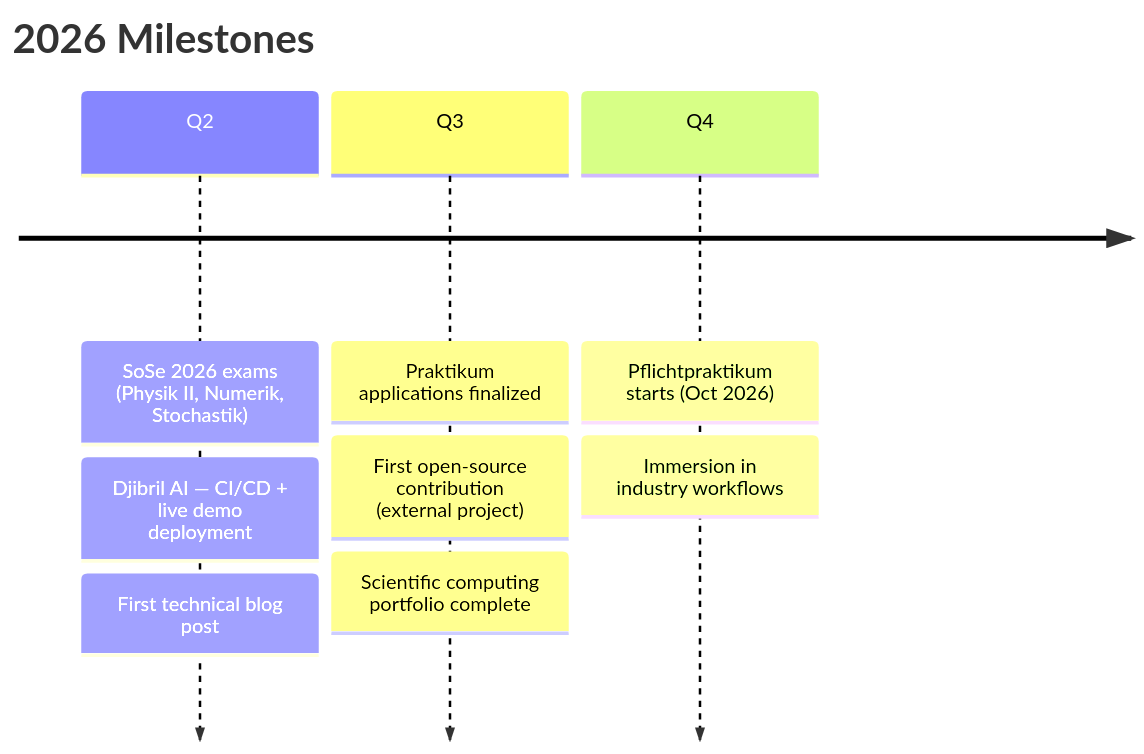
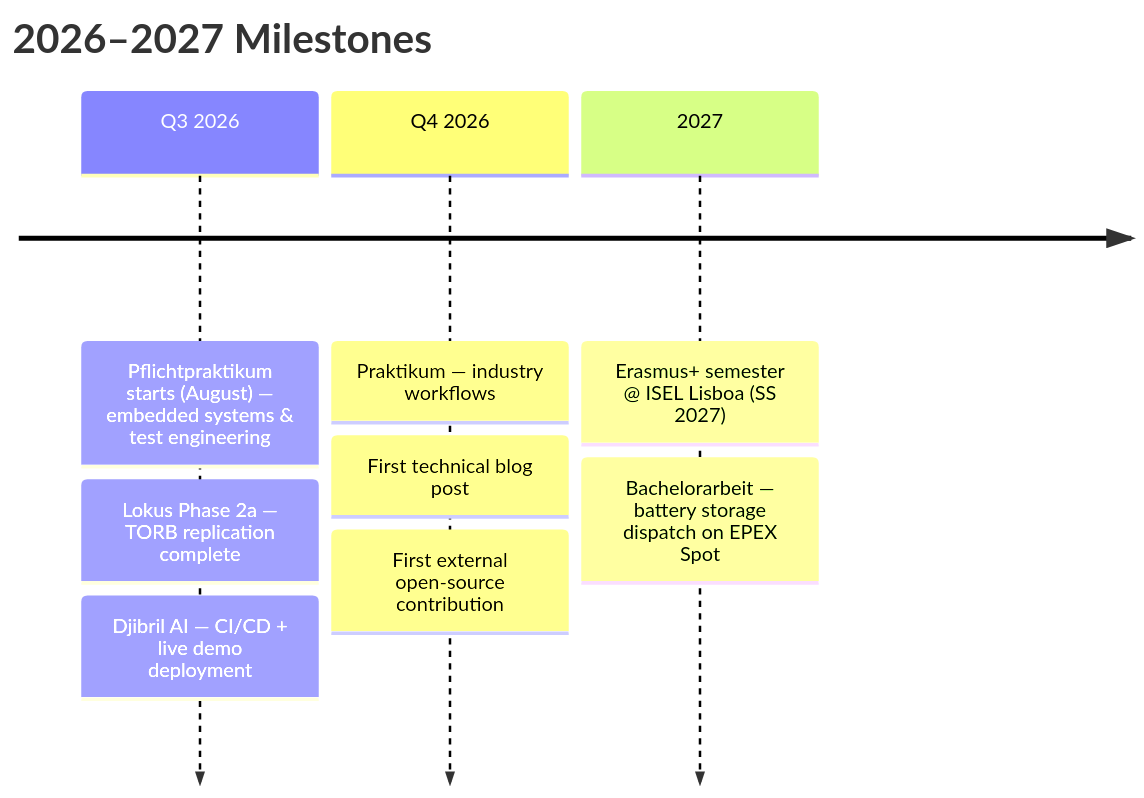
One commit to e49nana/e49nana changed the diagram in README.md. Above: the diagram before and after it, drawn with Mermaid. The commit also changed other lines of this file, not shown here.

First line of the commit message:
Revise README with current focus and project updates

````diff
--- a/README.md
+++ b/README.md
@@ -110,12 +120,12 @@
 ```mermaid
 timeline
-    title 2026 Milestones
-    Q2 : SoSe 2026 exams (Physik II, Numerik, Stochastik)
-       : Djibril AI — CI/CD + live demo deployment
-       : First technical blog post
-    Q3 : Praktikum applications finalized
-       : First open-source contribution (external project)
-       : Scientific computing portfolio complete
-    Q4 : Pflichtpraktikum starts (Oct 2026)
-       : Immersion in industry workflows
+    title 2026–2027 Milestones
+    Q3 2026 : Pflichtpraktikum starts (August) — embedded systems & test engineering
+            : Lokus Phase 2a — TORB replication complete
+            : Djibril AI — CI/CD + live demo deployment
+    Q4 2026 : Praktikum — industry workflows
+            : First technical blog post
+            : First external open-source contribution
+    2027    : Erasmus+ semester @ ISEL Lisboa (SS 2027)
+            : Bachelorarbeit — battery storage dispatch on EPEX Spot
 ```
````
